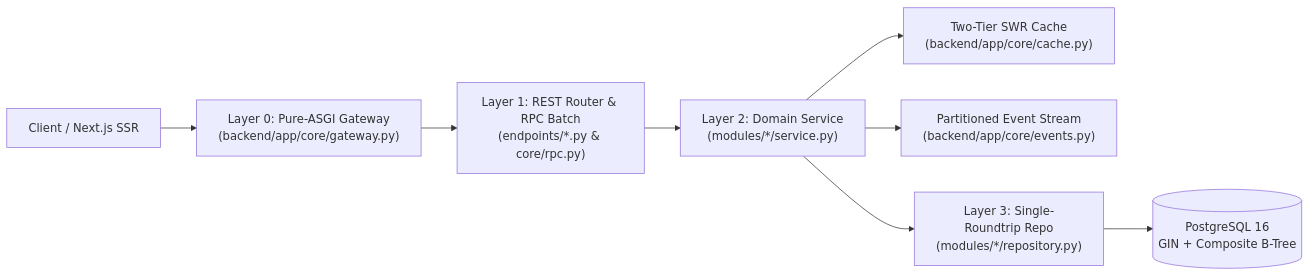
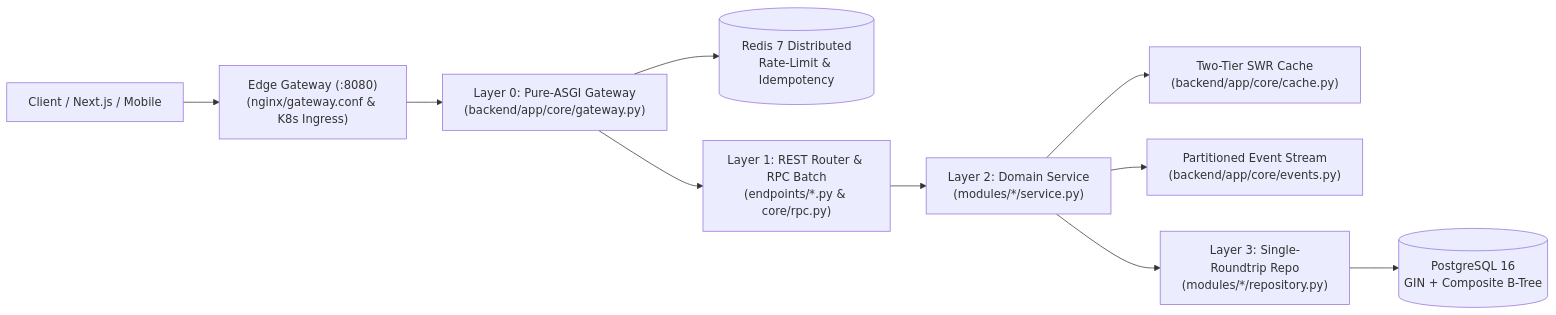
One commit to farmer911/belooga changed the diagram in .agents/skills/belooga-backend-engineering/SKILL.md. Above: the diagram before and after it, drawn with Mermaid. The commit also changed other lines of this file and 15 other files, not shown here.

Commit message:
feat(gateway): BEL-137 activate distributed Redis API gateway, Nginx edge proxy, and K8s Ingress

````diff
--- a/.agents/skills/belooga-backend-engineering/SKILL.md
+++ b/.agents/skills/belooga-backend-engineering/SKILL.md
@@ -14,10 +14,12 @@
 ```mermaid
 flowchart LR
-    Client["Client / Next.js SSR"] --> GW["Layer 0: Pure-ASGI Gateway\n(backend/app/core/gateway.py)"]
+    Client["Client / Next.js / Mobile"] --> Edge["Edge Gateway (:8080)\n(nginx/gateway.conf & K8s Ingress)"]
+    Edge --> GW["Layer 0: Pure-ASGI Gateway\n(backend/app/core/gateway.py)"]
+    GW --> RedisGW[("Redis 7 Distributed\nRate-Limit & Idempotency")]
     GW --> Router["Layer 1: REST Router & RPC Batch\n(endpoints/*.py & core/rpc.py)"]
     Router --> Service["Layer 2: Domain Service\n(modules/*/service.py)"]
     Service --> Cache["Two-Tier SWR Cache\n(backend/app/core/cache.py)"]
     Service --> Events["Partitioned Event Stream\n(backend/app/core/events.py)"]
     Service --> Repo["Layer 3: Single-Roundtrip Repo\n(modules/*/repository.py)"]
     Repo --> PG[("PostgreSQL 16\nGIN + Composite B-Tree")]
 ```
````
